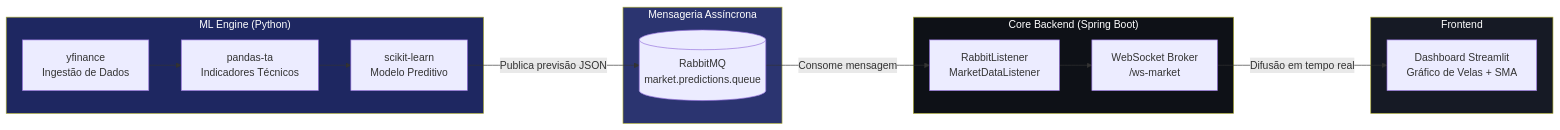
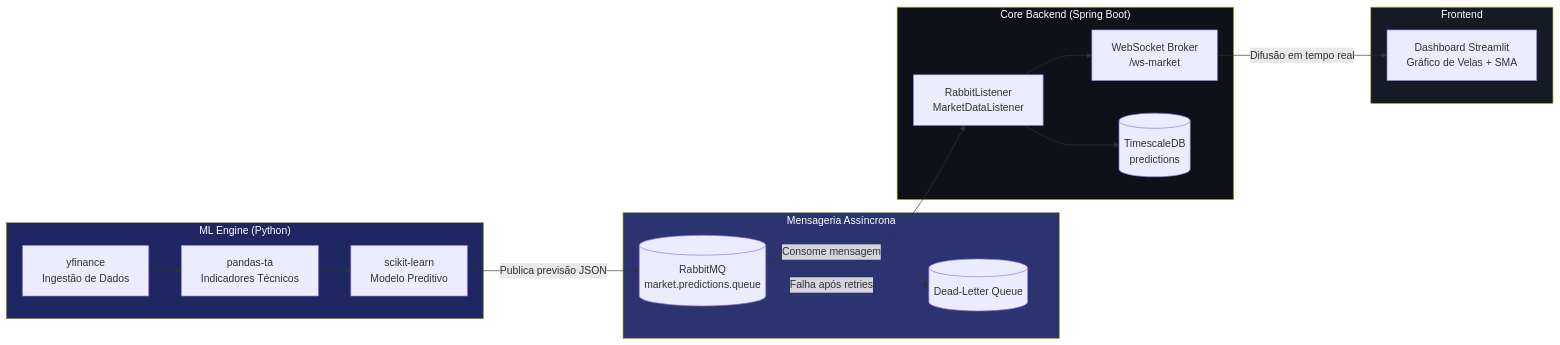
One commit to JoaoCSCordeiro/trendpulse-ai changed the diagram in README.md. Above: the diagram before and after it, drawn with Mermaid. The commit also changed other lines of this file and 23 other files, not shown here.

````diff
--- a/README.md
+++ b/README.md
@@ -21,28 +21,31 @@
 ```mermaid
 flowchart LR
     subgraph ML["ML Engine (Python)"]
         A[yfinance<br/>Ingestão de Dados] --> B[pandas-ta<br/>Indicadores Técnicos]
         B --> C[scikit-learn<br/>Modelo Preditivo]
     end
 
     subgraph MQ["Mensageria Assíncrona"]
         D[(RabbitMQ<br/>market.predictions.queue)]
+        DLQ[(Dead-Letter Queue)]
     end
 
     subgraph BE["Core Backend (Spring Boot)"]
         E[RabbitListener<br/>MarketDataListener] --> F[WebSocket Broker<br/>/ws-market]
+        E --> H[(TimescaleDB<br/>predictions)]
     end
 
     subgraph FE["Frontend"]
         G[Dashboard Streamlit<br/>Gráfico de Velas + SMA]
     end
 
     C -->|Publica previsão JSON| D
     D -->|Consome mensagem| E
+    D -.->|Falha após retries| DLQ
     F -->|Difusão em tempo real| G
 
     style ML fill:#1E2761,color:#fff
     style MQ fill:#2B3470,color:#fff
     style BE fill:#0E1117,color:#fff
     style FE fill:#161A25,color:#fff
 ```
````
